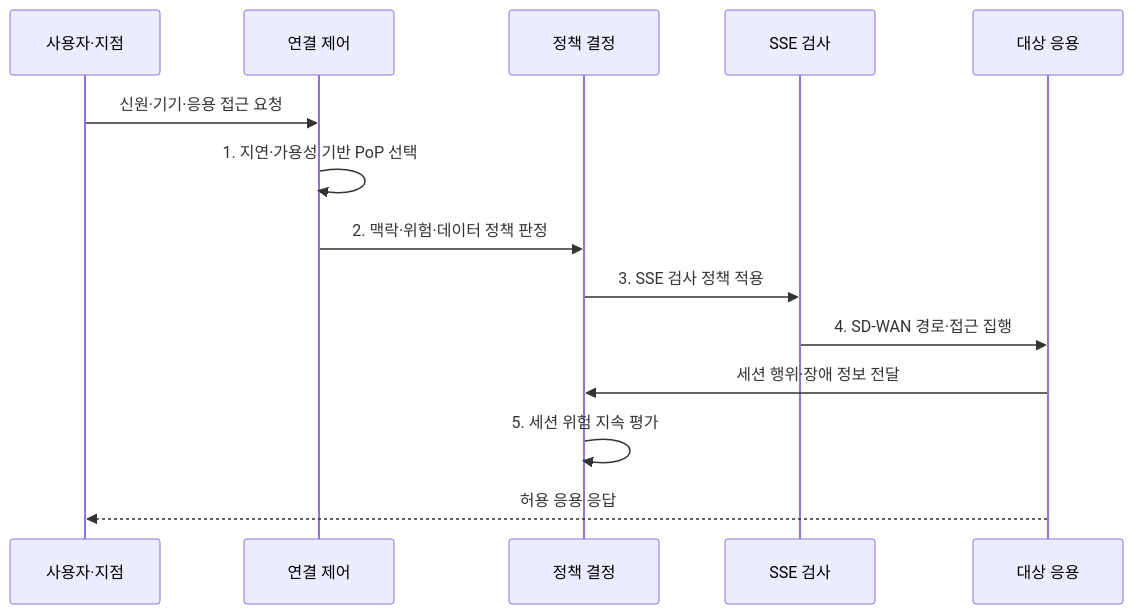
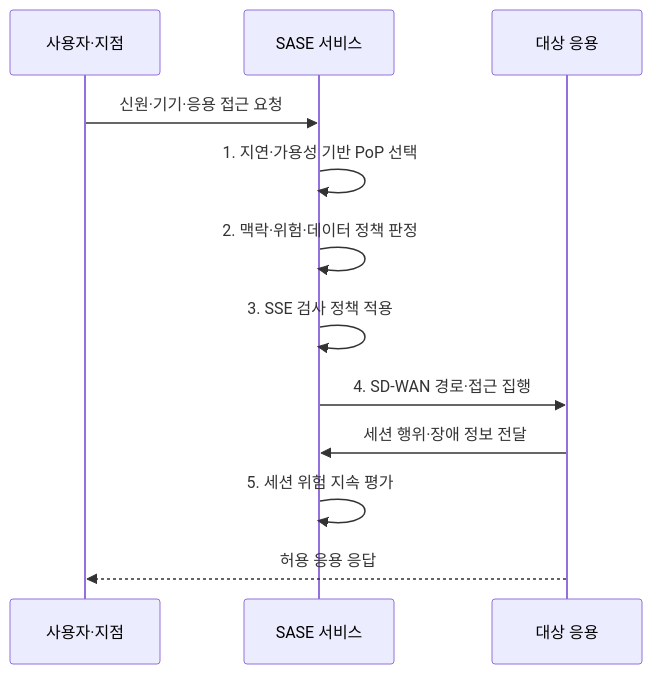
The second of 2 diagrams in src/content/docs/notes/05-security/141_sase_architecture.md (agnusdei1207/knowledge-base), drawn with Mermaid before and after one commit. The commit also changed 5 other files, not shown here.

Commit message:
Simplify security architecture sequences

````diff
--- a/src/content/docs/notes/05-security/141_sase_architecture.md
+++ b/src/content/docs/notes/05-security/141_sase_architecture.md
@@ -97,16 +97,14 @@
 ```mermaid
 sequenceDiagram
   participant U as 사용자·지점
-  participant C as 연결 제어
-  participant P as 정책 결정
-  participant E as SSE 검사
+  participant S as SASE 서비스
   participant A as 대상 응용
-  U->>C: 신원·기기·응용 접근 요청
-  C->>C: 1. 지연·가용성 기반 PoP 선택
-  C->>P: 2. 맥락·위험·데이터 정책 판정
-  P->>E: 3. SSE 검사 정책 적용
-  E->>A: 4. SD-WAN 경로·접근 집행
-  A->>P: 세션 행위·장애 정보 전달
-  P->>P: 5. 세션 위험 지속 평가
+  U->>S: 신원·기기·응용 접근 요청
+  S->>S: 1. 지연·가용성 기반 PoP 선택
+  S->>S: 2. 맥락·위험·데이터 정책 판정
+  S->>S: 3. SSE 검사 정책 적용
+  S->>A: 4. SD-WAN 경로·접근 집행
+  A->>S: 세션 행위·장애 정보 전달
+  S->>S: 5. 세션 위험 지속 평가
   A-->>U: 허용 응용 응답
 ```
````
